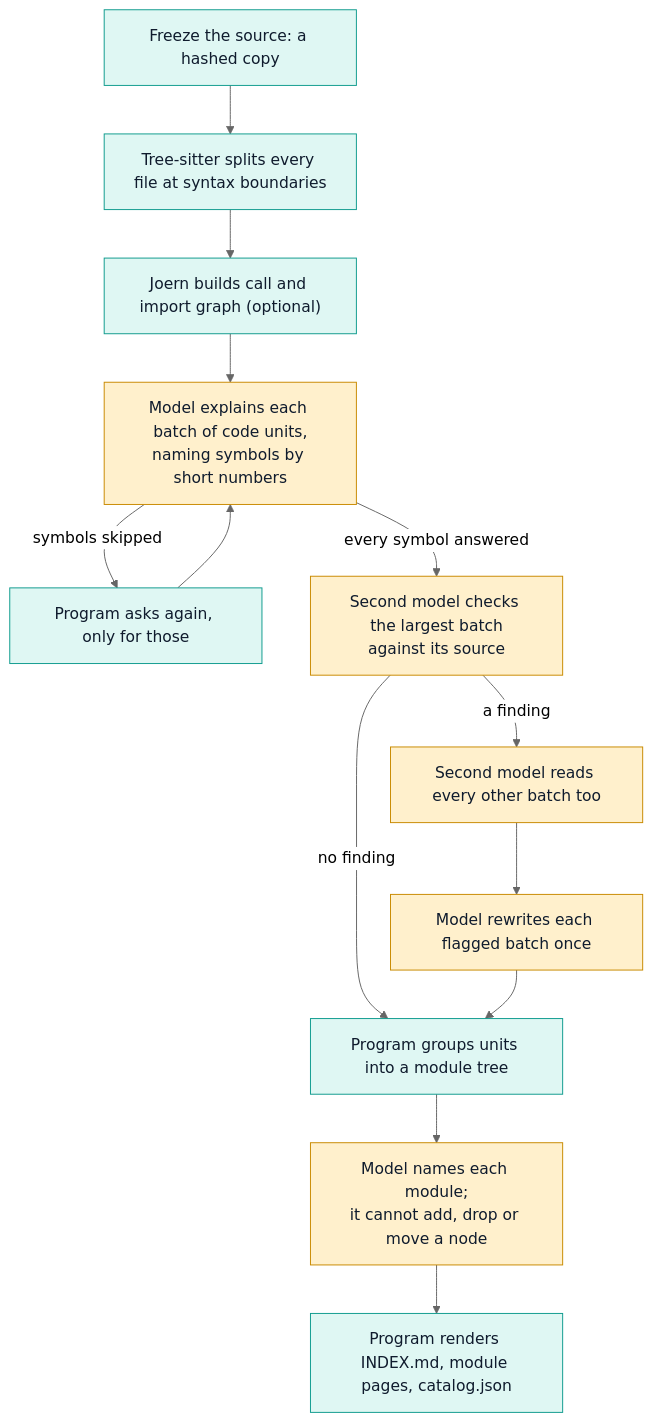
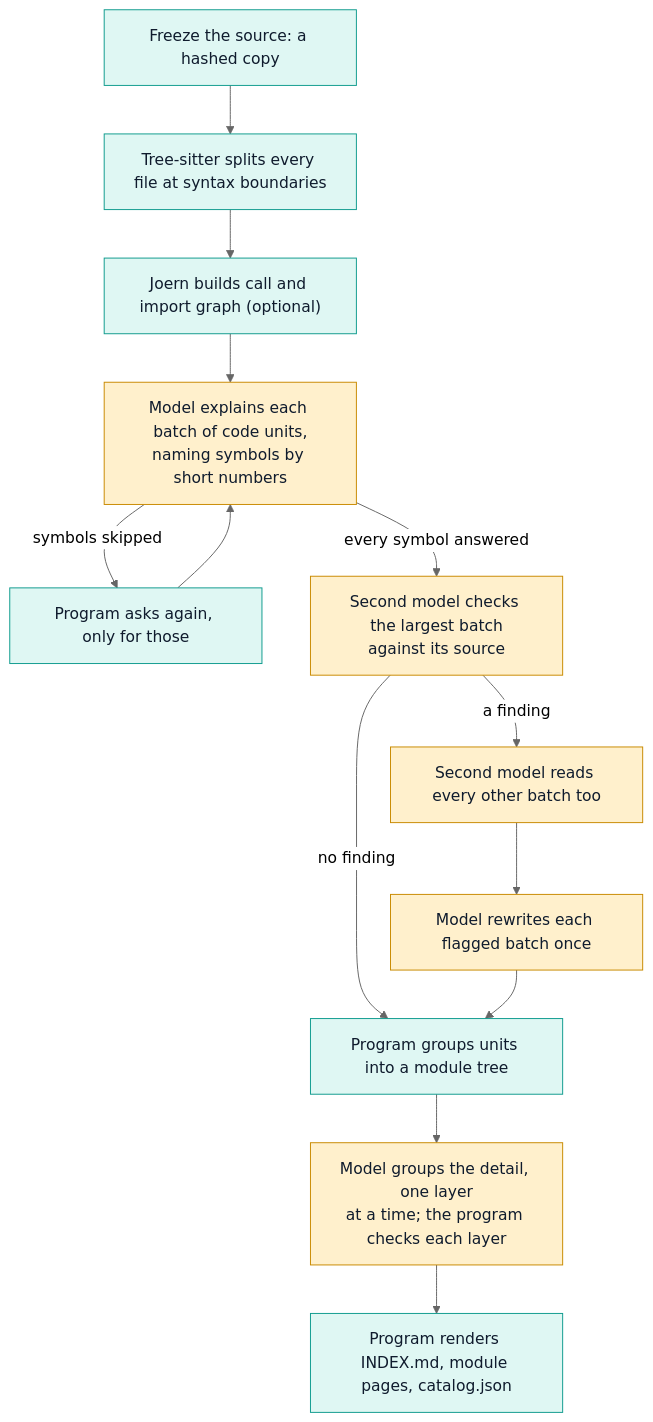
The first of 2 diagrams in README.md (zlxdengtianhei/codebase-explorer), drawn with Mermaid (neutral theme) before and after one commit. The commit also changed other lines of this file and 46 other files, not shown here.

````diff
--- a/README.md
+++ b/README.md
@@ -89,19 +89,19 @@
 ```mermaid
 flowchart TD
   A["Freeze the source: a hashed copy"] --> B["Tree-sitter splits every file at syntax boundaries"]
   B --> C["Joern builds call and import graph (optional)"]
   C --> D["Model explains each batch of code units,<br/>naming symbols by short numbers"]
   D -->|"symbols skipped"| D2["Program asks again, only for those"]
   D2 --> D
   D -->|"every symbol answered"| R["Second model checks the largest batch<br/>against its source"]
   R -->|"a finding"| R2["Second model reads every other batch too"]
   R2 --> W["Model rewrites each flagged batch once"]
   R -->|"no finding"| E["Program groups units into a module tree"]
   W --> E
-  E --> F["Model names each module;<br/>it cannot add, drop or move a node"]
+  E --> F["Model groups the detail, one layer<br/>at a time; the program checks each layer"]
   F --> G["Program renders INDEX.md, module pages, catalog.json"]
   classDef program fill:#dff7f3,stroke:#0f9b8e,color:#0f1b2d
   classDef model fill:#fff0cc,stroke:#c98a00,color:#0f1b2d
   class A,B,C,D2,E,G program
   class D,R,R2,W,F model
 ```
````
